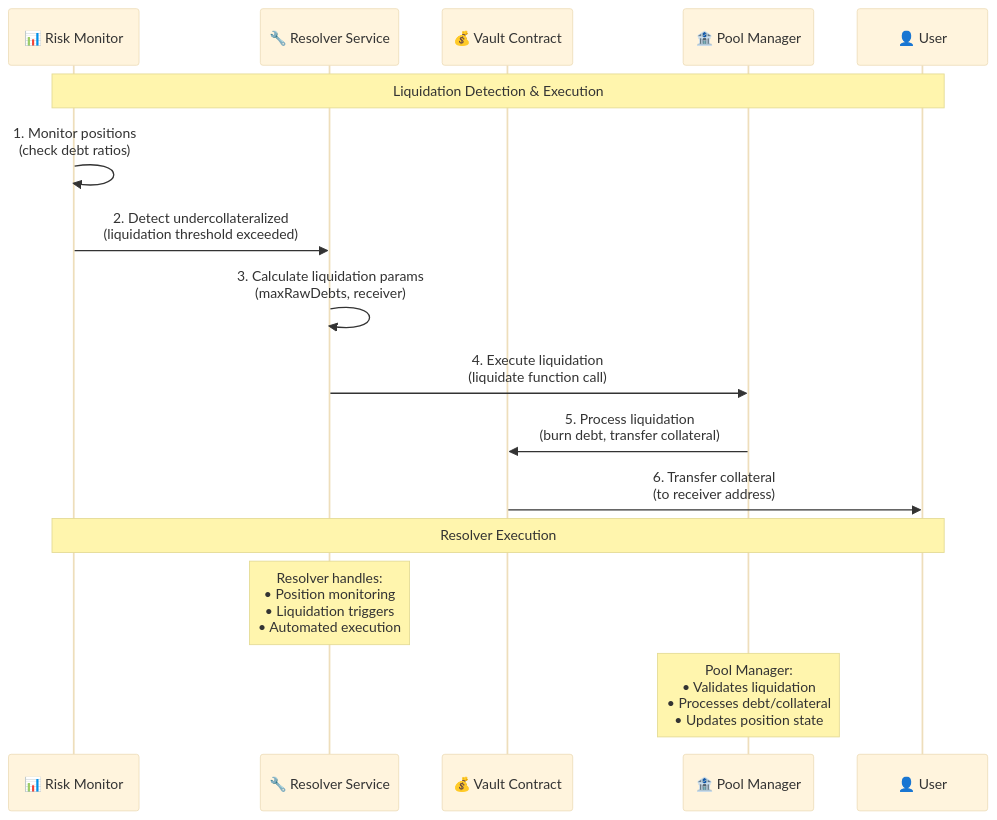
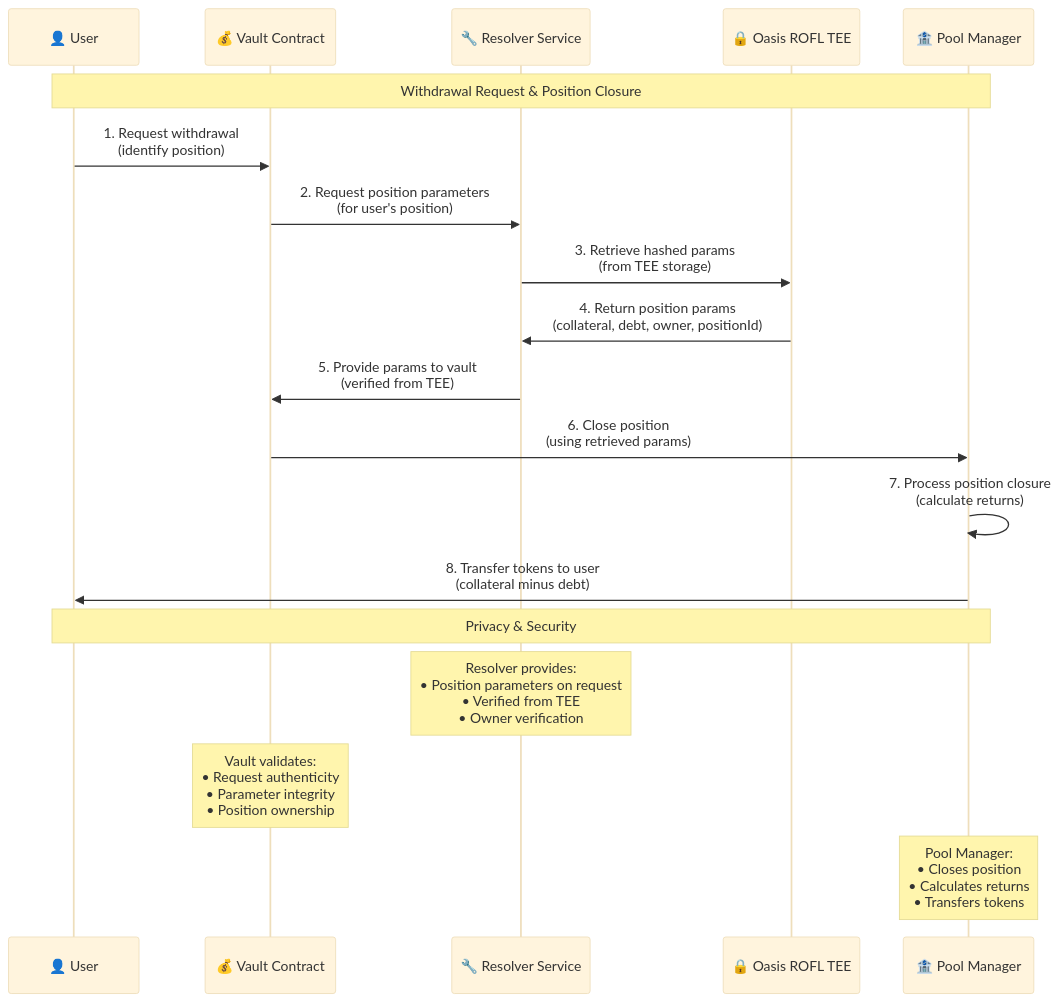
The fourth of 5 diagrams in notes/shadow-splitter-v2.md (arseneeth/shayd), drawn with Mermaid (base theme) before and after one commit. The commit also changed other lines of this file and 22 other files, not shown here.

````diff
--- a/notes/shadow-splitter-v2.md
+++ b/notes/shadow-splitter-v2.md
@@ -122,20 +110,23 @@
 ```mermaid
 sequenceDiagram
-    participant M as 📊 Risk Monitor
+    participant U as 👤 User
+    participant V as 💰 Vault Contract
     participant R as 🔧 Resolver Service
-    participant C as 💰 Vault Contract
+    participant T as 🔒 Oasis ROFL TEE
     participant P as 🏦 Pool Manager
-    participant U as 👤 User
     
-    Note over M,U: Liquidation Detection & Execution
-    M->>M: 1. Monitor positions<br/>(check debt ratios)
-    M->>R: 2. Detect undercollateralized<br/>(liquidation threshold exceeded)
-    R->>R: 3. Calculate liquidation params<br/>(maxRawDebts, receiver)
-    R->>P: 4. Execute liquidation<br/>(liquidate function call)
-    P->>C: 5. Process liquidation<br/>(burn debt, transfer collateral)
-    C->>U: 6. Transfer collateral<br/>(to receiver address)
+    Note over U,P: Withdrawal Request & Position Closure
+    U->>V: 1. Request withdrawal<br/>(identify position)
+    V->>R: 2. Request position parameters<br/>(for user's position)
+    R->>T: 3. Retrieve hashed params<br/>(from TEE storage)
+    T->>R: 4. Return position params<br/>(collateral, debt, owner, positionId)
+    R->>V: 5. Provide params to vault<br/>(verified from TEE)
+    V->>P: 6. Close position<br/>(using retrieved params)
+    P->>P: 7. Process position closure<br/>(calculate returns)
+    P->>U: 8. Transfer tokens to user<br/>(collateral minus debt)
     
-    Note over M,U: Resolver Execution
-    Note over R: Resolver handles:<br/>• Position monitoring<br/>• Liquidation triggers<br/>• Automated execution
-    Note over P: Pool Manager:<br/>• Validates liquidation<br/>• Processes debt/collateral<br/>• Updates position state
+    Note over U,P: Privacy & Security
+    Note over R: Resolver provides:<br/>• Position parameters on request<br/>• Verified from TEE<br/>• Owner verification
+    Note over V: Vault validates:<br/>• Request authenticity<br/>• Parameter integrity<br/>• Position ownership
+    Note over P: Pool Manager:<br/>• Closes position<br/>• Calculates returns<br/>• Transfers tokens
 ```
````
